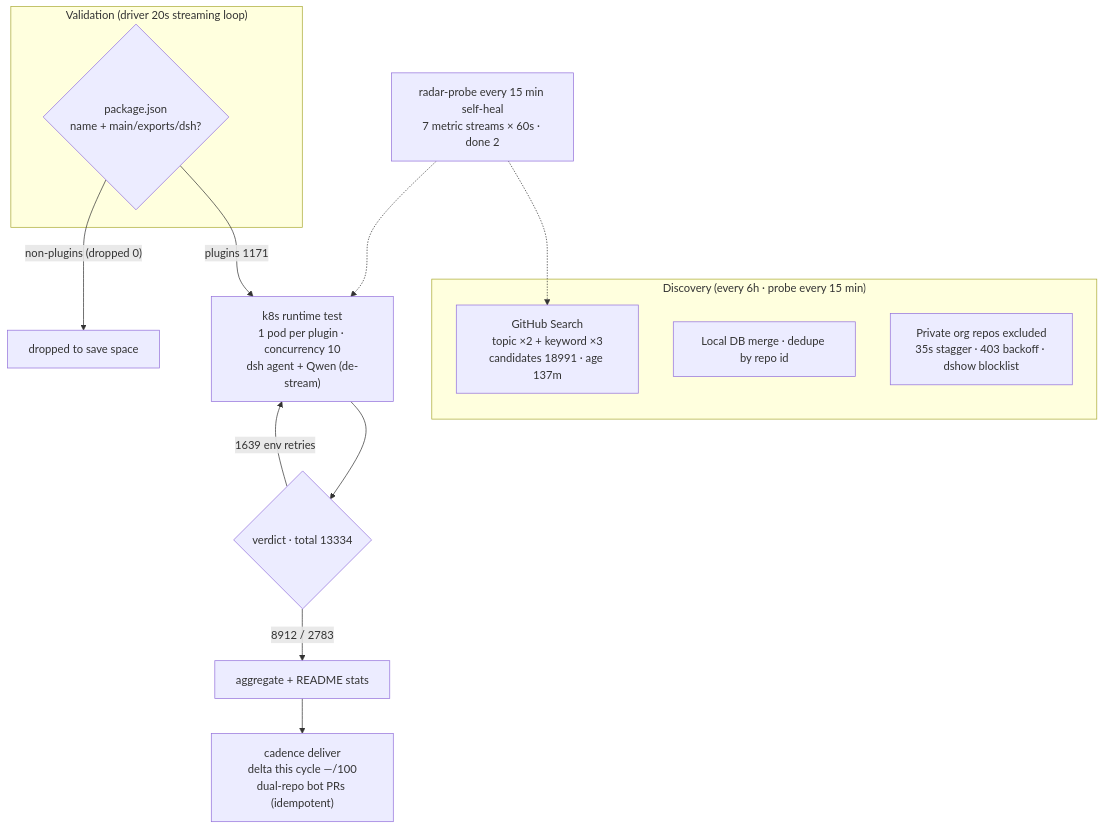
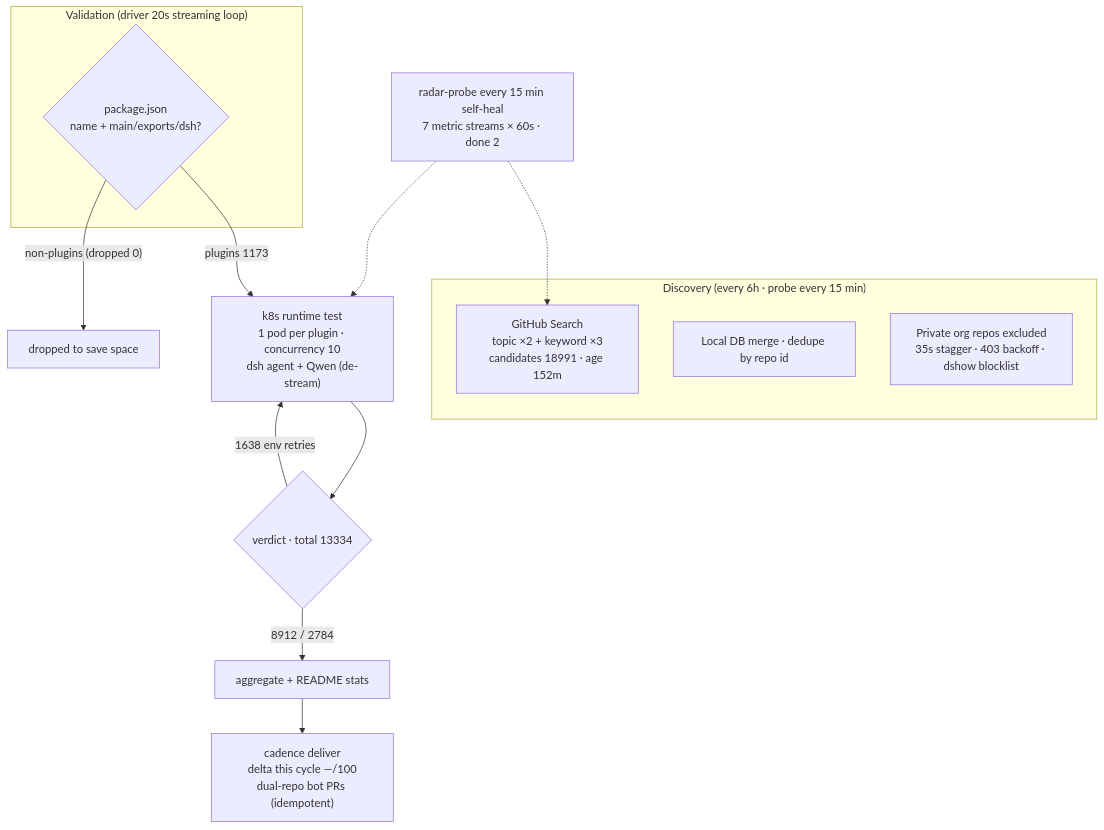
The diagram in README.en-US.md (AdamPlatin123/dsh-plugin-radar), drawn with Mermaid before and after one commit. The commit also changed other lines of this file and 6 other files, not shown here.

````diff
--- a/README.en-US.md
+++ b/README.en-US.md
@@ -45,20 +45,20 @@
 ```mermaid
 flowchart TB
     subgraph Discovery["Discovery (every 6h · probe every 15 min)"]
-        A1["GitHub Search<br/>topic ×2 + keyword ×3<br/>candidates 18991 · age 137m"]
+        A1["GitHub Search<br/>topic ×2 + keyword ×3<br/>candidates 18991 · age 152m"]
         A2["Local DB merge · dedupe by repo id"]
         A3["Private org repos excluded<br/>35s stagger · 403 backoff · dshow blocklist"]
     end
     subgraph Validation["Validation (driver 20s streaming loop)"]
         B1{"package.json<br/>name + main/exports/dsh?"}
     end
-    B1 -->|"plugins 1171"| C1["k8s runtime test<br/>1 pod per plugin · concurrency 10<br/>dsh agent + Qwen (de-stream)"]
+    B1 -->|"plugins 1173"| C1["k8s runtime test<br/>1 pod per plugin · concurrency 10<br/>dsh agent + Qwen (de-stream)"]
     B1 -->|"non-plugins (dropped 0)"| B3["dropped to save space"]
     C1 --> D1{"verdict · total 13334"}
-    D1 -->|"8912 / 2783"| E1["aggregate + README stats"]
-    D1 -->|"1639 env retries"| C1
+    D1 -->|"8912 / 2784"| E1["aggregate + README stats"]
+    D1 -->|"1638 env retries"| C1
     E1 --> E2["cadence deliver<br/>delta this cycle —/100<br/>dual-repo bot PRs (idempotent)"]
     M["radar-probe every 15 min self-heal<br/>7 metric streams × 60s · done 2"]
     M -.-> A1
     M -.-> C1
 ```
````
